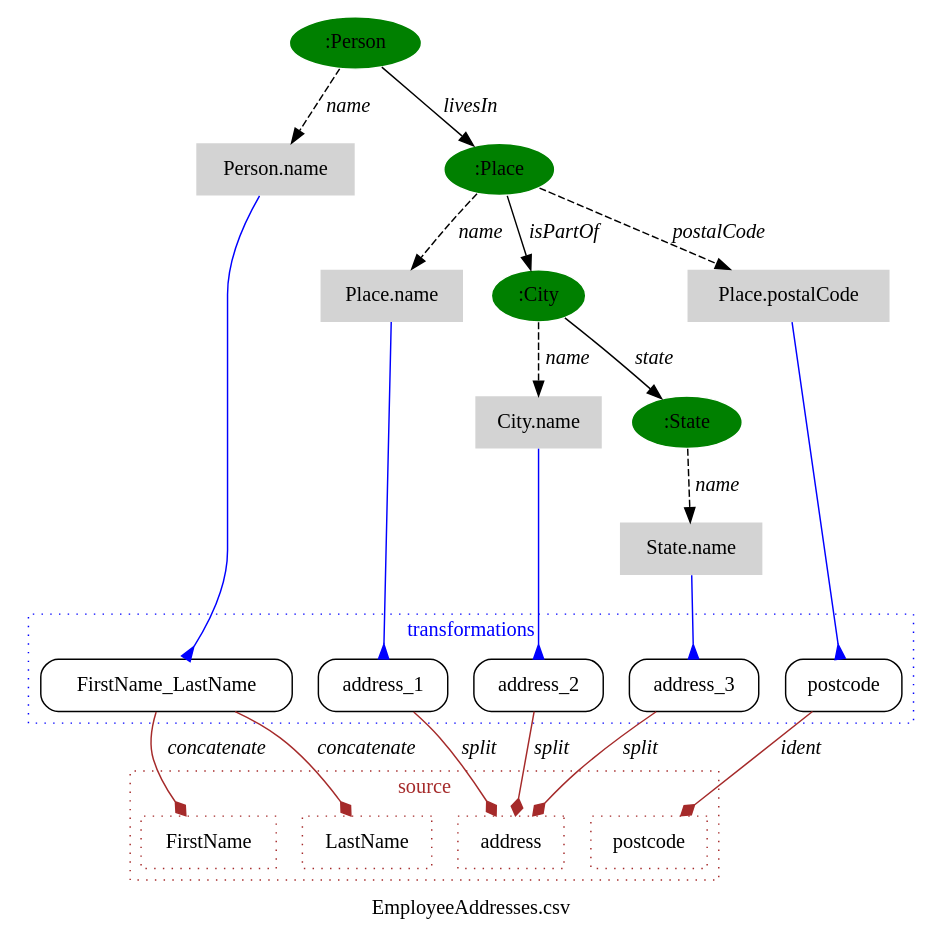
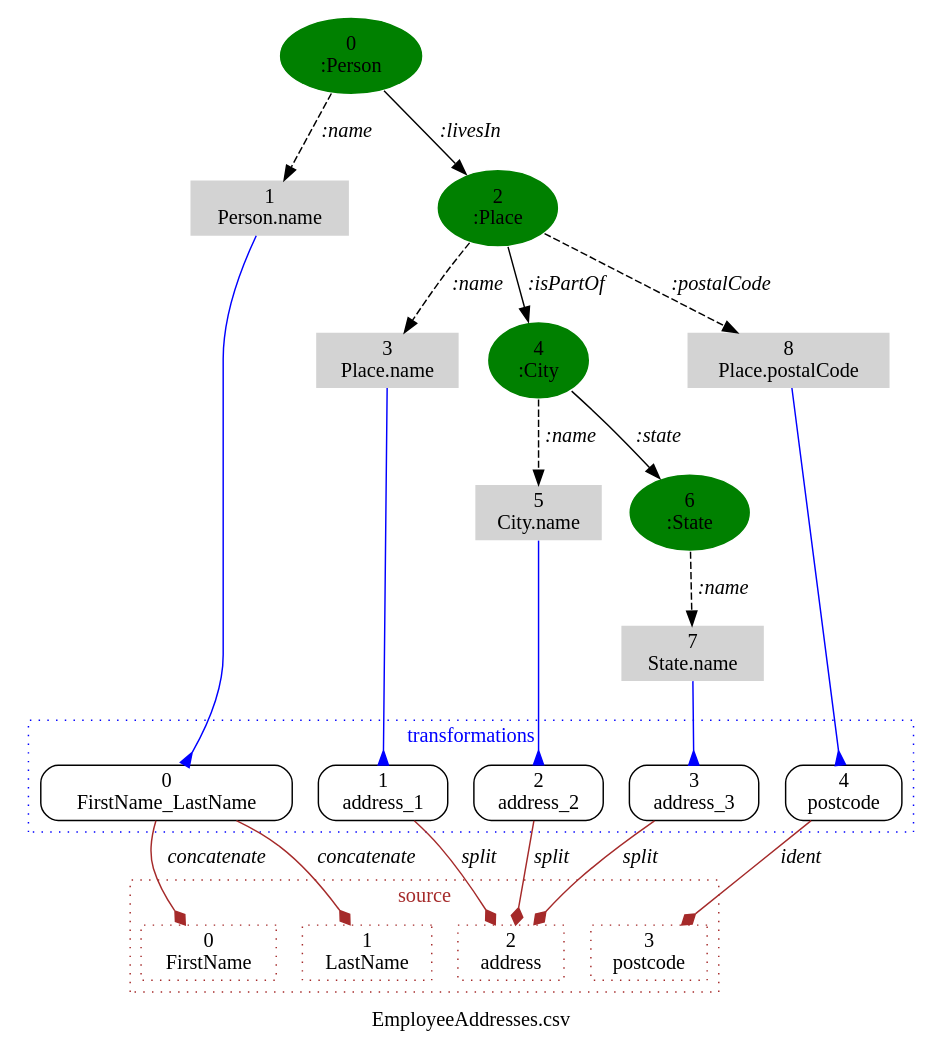
The diagram in data/ssd_graphviz/EmployeeAddresses.ssd.dot (NICTA/serene-python-client), drawn with Graphviz before and after one commit. The commit also changed 14 other files, not shown here.

```diff
--- a/data/ssd_graphviz/EmployeeAddresses.ssd.dot
+++ b/data/ssd_graphviz/EmployeeAddresses.ssd.dot
@@ -1,163 +1,181 @@
 digraph  {
 	graph [fontname="times:bold",
 		label="EmployeeAddresses.csv",
 		overlap=False,
 		remincross=true,
 		splines=true
 	];
 	node [label="\N"];
-	subgraph cluster2 {
-		graph [color=blue,
-			fontcolor=blue,
-			fontname=times,
-			label=transformations,
-			rank=same,
-			style=dotted
-		];
-		13		 [label=FirstName_LastName,
-			shape=box,
-			style=rounded];
-		14		 [label=address_1,
-			shape=box,
-			style=rounded];
-		15		 [label=address_2,
-			shape=box,
-			style=rounded];
-		16		 [label=address_3,
-			shape=box,
-			style=rounded];
-		17		 [label=postcode,
-			shape=box,
-			style=rounded];
-	}
 	subgraph cluster1 {
 		graph [color=brown,
 			fontcolor=brown,
 			fontname=times,
 			label=source,
 			rank=same,
 			style=dotted
 		];
 		9		 [color=brown,
-			label=FirstName,
+			label="0
+FirstName",
 			shape=box,
 			style=dotted];
 		10		 [color=brown,
-			label=LastName,
+			label="1
+LastName",
 			shape=box,
 			style=dotted];
 		11		 [color=brown,
-			label=address,
+			label="2
+address",
 			shape=box,
 			style=dotted];
 		12		 [color=brown,
-			label=postcode,
+			label="3
+postcode",
 			shape=box,
 			style=dotted];
 	}
+	subgraph cluster2 {
+		graph [color=blue,
+			fontcolor=blue,
+			fontname=times,
+			label=transformations,
+			rank=same,
+			style=dotted
+		];
+		13		 [label="0
+FirstName_LastName",
+			shape=box,
+			style=rounded];
+		14		 [label="1
+address_1",
+			shape=box,
+			style=rounded];
+		15		 [label="2
+address_2",
+			shape=box,
+			style=rounded];
+		16		 [label="3
+address_3",
+			shape=box,
+			style=rounded];
+		17		 [label="4
+postcode",
+			shape=box,
+			style=rounded];
+	}
 	0	 [color=white,
 		fillcolor=green,
-		label=":Person",
+		label="0
+:Person",
 		shape=ellipse,
 		style=filled];
 	1	 [color=white,
 		fillcolor=lightgrey,
-		label="Person.name",
+		label="1
+Person.name",
 		shape=plaintext,
 		style=filled];
 	0 -> 1	 [fontname="times-italic",
-		label=name,
+		label=":name",
 		style=dashed];
 	2	 [color=white,
 		fillcolor=green,
-		label=":Place",
+		label="2
+:Place",
 		shape=ellipse,
 		style=filled];
 	0 -> 2	 [fontname="times-italic",
-		label=livesIn];
+		label=":livesIn"];
 	1 -> 13	 [arrowhead=inv,
 		arrowtail=inv,
 		color=blue];
 	3	 [color=white,
 		fillcolor=lightgrey,
-		label="Place.name",
+		label="3
+Place.name",
 		shape=plaintext,
 		style=filled];
 	2 -> 3	 [fontname="times-italic",
-		label=name,
+		label=":name",
 		style=dashed];
 	4	 [color=white,
 		fillcolor=green,
-		label=":City",
+		label="4
+:City",
 		shape=ellipse,
 		style=filled];
 	2 -> 4	 [fontname="times-italic",
-		label=isPartOf];
+		label=":isPartOf"];
 	8	 [color=white,
 		fillcolor=lightgrey,
-		label="Place.postalCode",
+		label="8
+Place.postalCode",
 		shape=plaintext,
 		style=filled];
 	2 -> 8	 [fontname="times-italic",
-		label=postalCode,
+		label=":postalCode",
 		style=dashed];
 	3 -> 14	 [arrowhead=inv,
 		arrowtail=inv,
 		color=blue];
 	5	 [color=white,
 		fillcolor=lightgrey,
-		label="City.name",
+		label="5
+City.name",
 		shape=plaintext,
 		style=filled];
 	4 -> 5	 [fontname="times-italic",
-		label=name,
+		label=":name",
 		style=dashed];
 	6	 [color=white,
 		fillcolor=green,
-		label=":State",
+		label="6
+:State",
 		shape=ellipse,
 		style=filled];
 	4 -> 6	 [fontname="times-italic",
-		label=state];
+		label=":state"];
 	5 -> 15	 [arrowhead=inv,
 		arrowtail=inv,
 		color=blue];
 	7	 [color=white,
 		fillcolor=lightgrey,
-		label="State.name",
+		label="7
+State.name",
 		shape=plaintext,
 		style=filled];
 	6 -> 7	 [fontname="times-italic",
-		label=name,
+		label=":name",
 		style=dashed];
 	7 -> 16	 [arrowhead=inv,
 		arrowtail=inv,
 		color=blue];
 	8 -> 17	 [arrowhead=inv,
 		arrowtail=inv,
 		color=blue];
 	13 -> 9	 [arrowhead=diamond,
 		color=brown,
 		fontname="times-italic",
 		label=concatenate];
 	13 -> 10	 [arrowhead=diamond,
 		color=brown,
 		fontname="times-italic",
 		label=concatenate];
 	14 -> 11	 [arrowhead=diamond,
 		color=brown,
 		fontname="times-italic",
 		label=split];
 	15 -> 11	 [arrowhead=diamond,
 		color=brown,
 		fontname="times-italic",
 		label=split];
 	16 -> 11	 [arrowhead=diamond,
 		color=brown,
 		fontname="times-italic",
 		label=split];
 	17 -> 12	 [arrowhead=diamond,
 		color=brown,
 		fontname="times-italic",
 		label=ident];
 }
```
